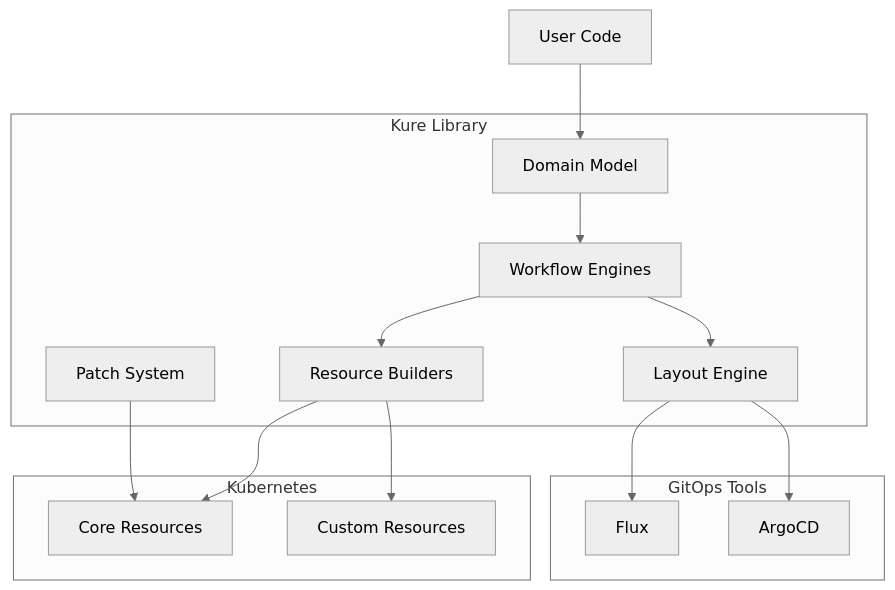
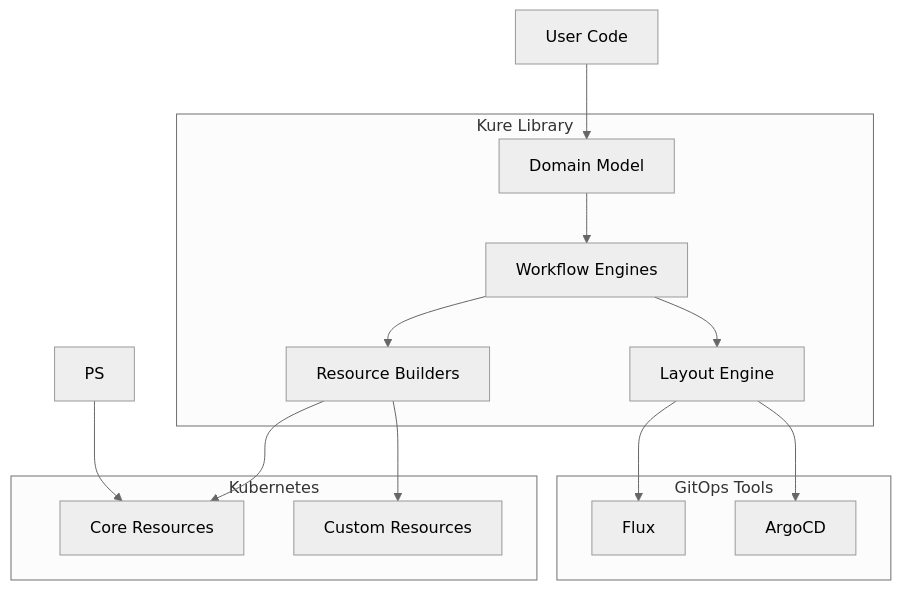
The diagram in docs/ARCHITECTURE.md (go-kure/kure), drawn with Mermaid (neutral theme) before and after one commit. The commit also changed other lines of this file and 16 other files, not shown here.

````diff
--- a/docs/ARCHITECTURE.md
+++ b/docs/ARCHITECTURE.md
@@ -46,30 +42,29 @@
 ```mermaid
 graph TB
     subgraph "Kure Library"
         DM[Domain Model]
         WF[Workflow Engines]
         RB[Resource Builders]
-        PS[Patch System]
         LO[Layout Engine]
     end
     
     subgraph "GitOps Tools"
         FLUX[Flux]
         ARGO[ArgoCD]
     end
     
     subgraph "Kubernetes"
         K8S[Core Resources]
         CRD[Custom Resources]
     end
     
     USER[User Code] --> DM
     DM --> WF
     WF --> RB
     RB --> K8S
     RB --> CRD
     WF --> LO
     LO --> FLUX
     LO --> ARGO
     PS --> K8S
 ```
````
